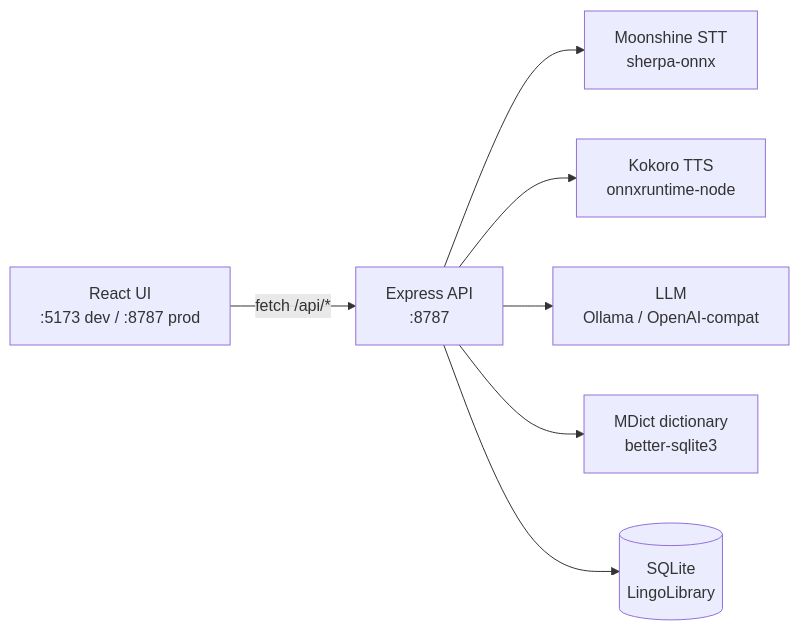
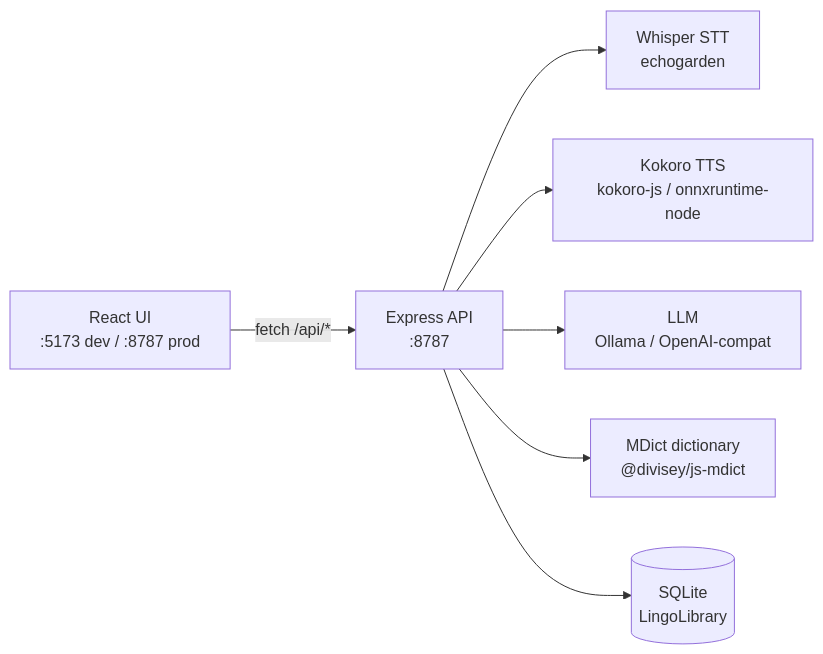
Before and after one commit to veritasian/lingutribe: the diagram in README.md, drawn with Mermaid. The commit also changed other lines of this file and 36 other files, not shown here.

````diff
--- a/README.md
+++ b/README.md
@@ -60,9 +82,9 @@
 ```mermaid
 flowchart LR
   UI[React UI<br/>:5173 dev / :8787 prod] -->|fetch /api/*| API[Express API<br/>:8787]
-  API --> STT[Moonshine STT<br/>sherpa-onnx]
-  API --> TTS[Kokoro TTS<br/>onnxruntime-node]
+  API --> STT[Whisper STT<br/>echogarden]
+  API --> TTS[Kokoro TTS<br/>kokoro-js / onnxruntime-node]
   API --> LLM[LLM<br/>Ollama / OpenAI-compat]
-  API --> DICT[MDict dictionary<br/>better-sqlite3]
+  API --> DICT[MDict dictionary<br/>@divisey/js-mdict]
   API --> DB[(SQLite<br/>LingoLibrary)]
 ```
````
